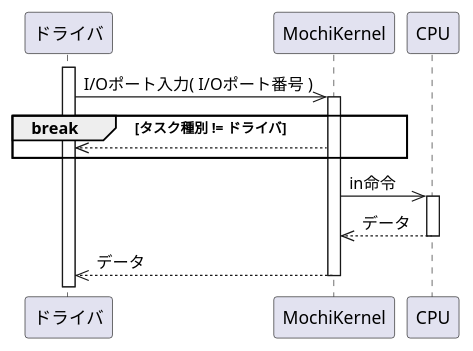
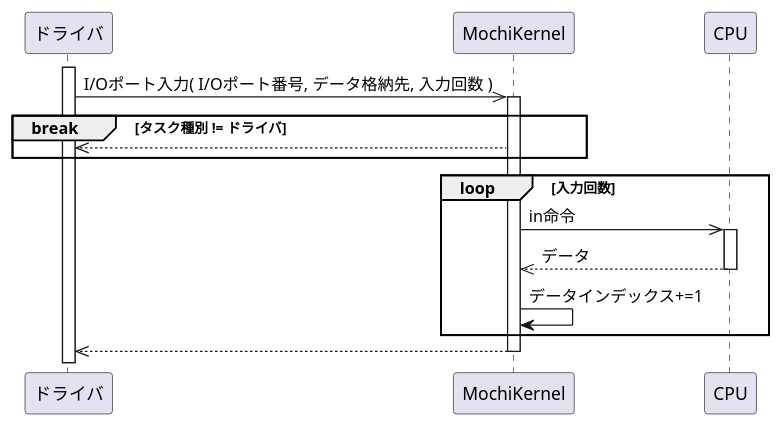
The diagram in docs/docs/external/io/in.puml (MasterMochi/MochiKernel), drawn with PlantUML before and after one commit. The commit also changed 8 other files, not shown here.

```diff
--- a/docs/docs/external/io/in.puml
+++ b/docs/docs/external/io/in.puml
@@ -1,23 +1,26 @@
 @startuml
 
 participant "ドライバ"    as driver
 participant "MochiKernel" as kernel
 participant "CPU"         as cpu
 activate driver
 
-driver ->> kernel: I/Oポート入力( I/Oポート番号 )
+driver ->> kernel: I/Oポート入力( I/Oポート番号, データ格納先, 入力回数 )
 activate kernel
 
 break タスク種別 != ドライバ
     driver <<-- kernel:
 end break
 
-kernel ->> cpu: in命令
-activate cpu
-kernel <<-- cpu: データ
-deactivate cpu
+loop 入力回数
+    kernel ->> cpu: in命令
+    activate cpu
+    kernel <<-- cpu: データ
+    deactivate cpu
+    kernel -> kernel: データインデックス+=1
+end loop
 
-driver <<-- kernel: データ
+driver <<-- kernel:
 deactivate kernel
 
 @enduml
```
